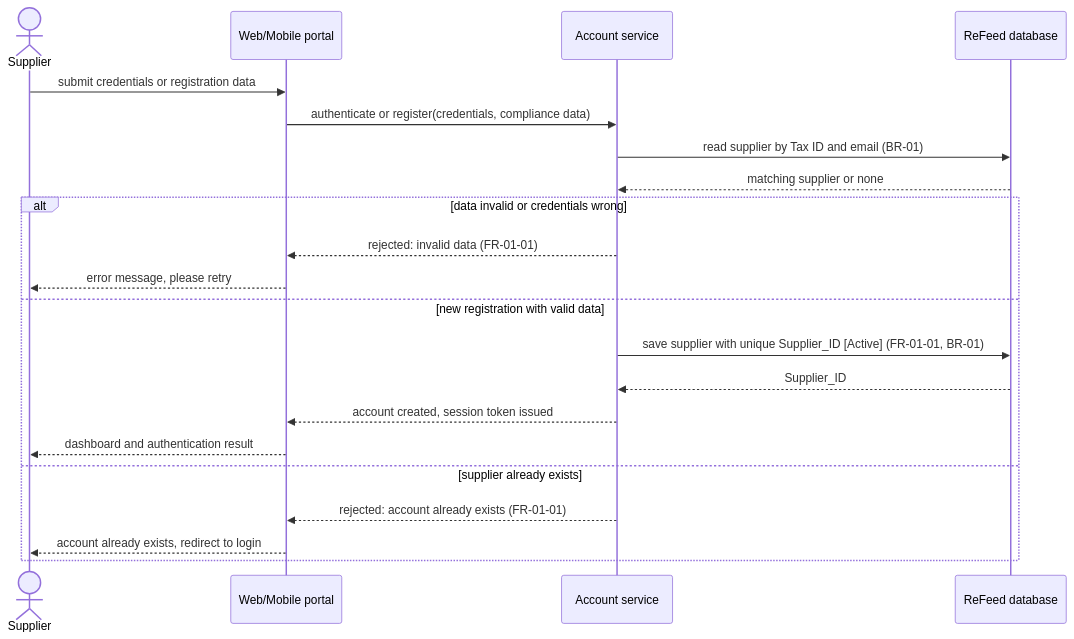
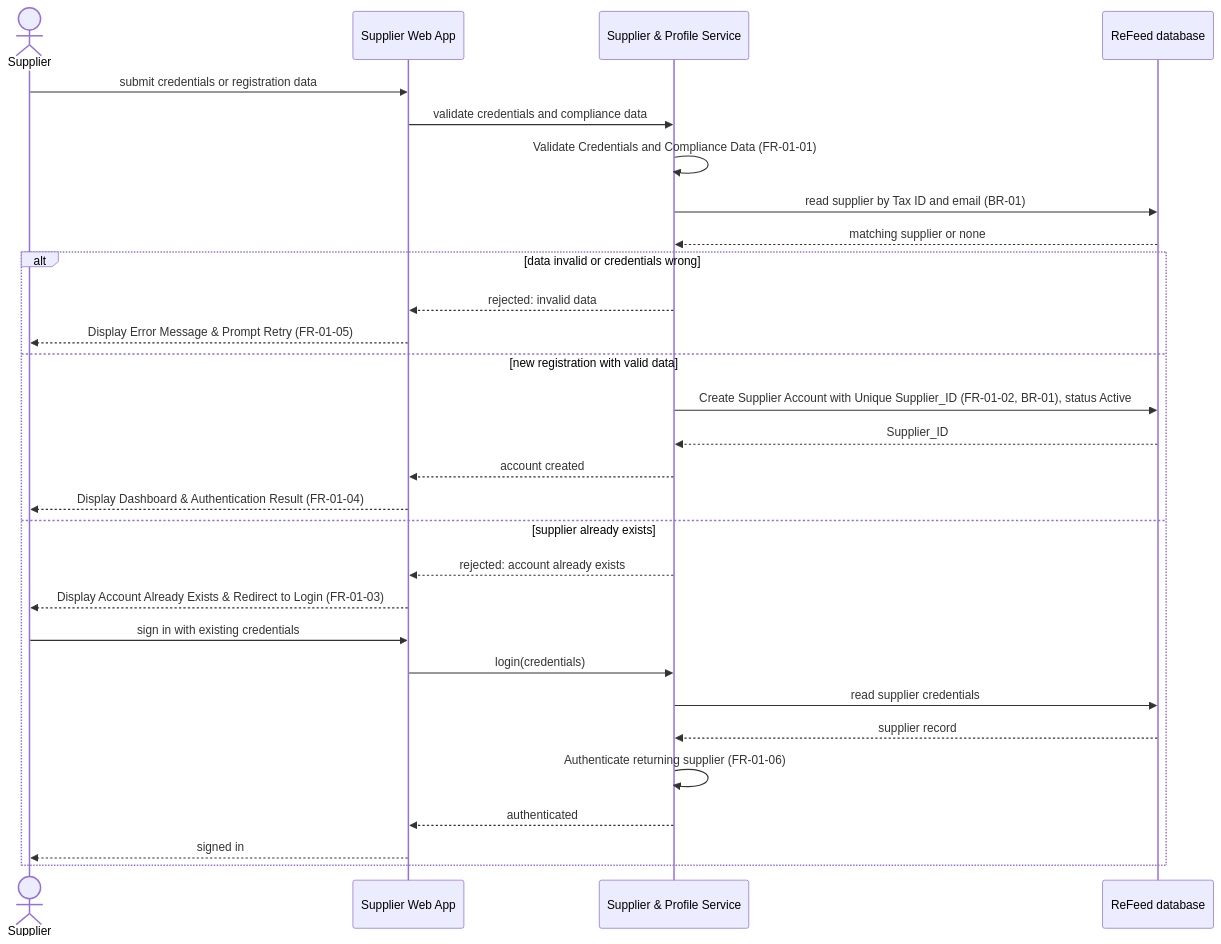
Before and after one commit to thuyvicbh-alt/DBIZ2---GROUP-D: the diagram in docs/use-case/SD-UC-01.md, drawn with Mermaid. The commit also changed other lines of this file, not shown here.

Commit message:
Revise SD-UC-01 for clarity and version updates
Updated the sequence diagram for the Register/Login use case to reflect changes in versioning, inputs, and outcomes. Enhanced clarity on the supplier's actions and system responses.

````diff
--- a/docs/use-case/SD-UC-01.md
+++ b/docs/use-case/SD-UC-01.md
@@ -15,23 +20,31 @@
 ```mermaid
 sequenceDiagram
   actor S as Supplier
-  participant P as Web/Mobile portal
-  participant A as Account service
+  participant P as Supplier Web App
+  participant R as Supplier & Profile Service
   participant D as ReFeed database
   S->>P: submit credentials or registration data
-  P->>A: authenticate or register(credentials, compliance data)
-  A->>D: read supplier by Tax ID and email (BR-01)
-  D-->>A: matching supplier or none
+  P->>R: validate credentials and compliance data
+  R->>R: Validate Credentials and Compliance Data (FR-01-01)
+  R->>D: read supplier by Tax ID and email (BR-01)
+  D-->>R: matching supplier or none
   alt data invalid or credentials wrong
-    A-->>P: rejected: invalid data (FR-01-01)
-    P-->>S: error message, please retry
+    R-->>P: rejected: invalid data
+    P-->>S: Display Error Message & Prompt Retry (FR-01-05)
   else new registration with valid data
-    A->>D: save supplier with unique Supplier_ID [Active] (FR-01-01, BR-01)
-    D-->>A: Supplier_ID
-    A-->>P: account created, session token issued
-    P-->>S: dashboard and authentication result
+    R->>D: Create Supplier Account with Unique Supplier_ID (FR-01-02, BR-01), status Active
+    D-->>R: Supplier_ID
+    R-->>P: account created
+    P-->>S: Display Dashboard & Authentication Result (FR-01-04)
   else supplier already exists
-    A-->>P: rejected: account already exists (FR-01-01)
-    P-->>S: account already exists, redirect to login
+    R-->>P: rejected: account already exists
+    P-->>S: Display Account Already Exists & Redirect to Login (FR-01-03)
+    S->>P: sign in with existing credentials
+    P->>R: login(credentials)
+    R->>D: read supplier credentials
+    D-->>R: supplier record
+    R->>R: Authenticate returning supplier (FR-01-06)
+    R-->>P: authenticated
+    P-->>S: signed in
   end
 ```
````
